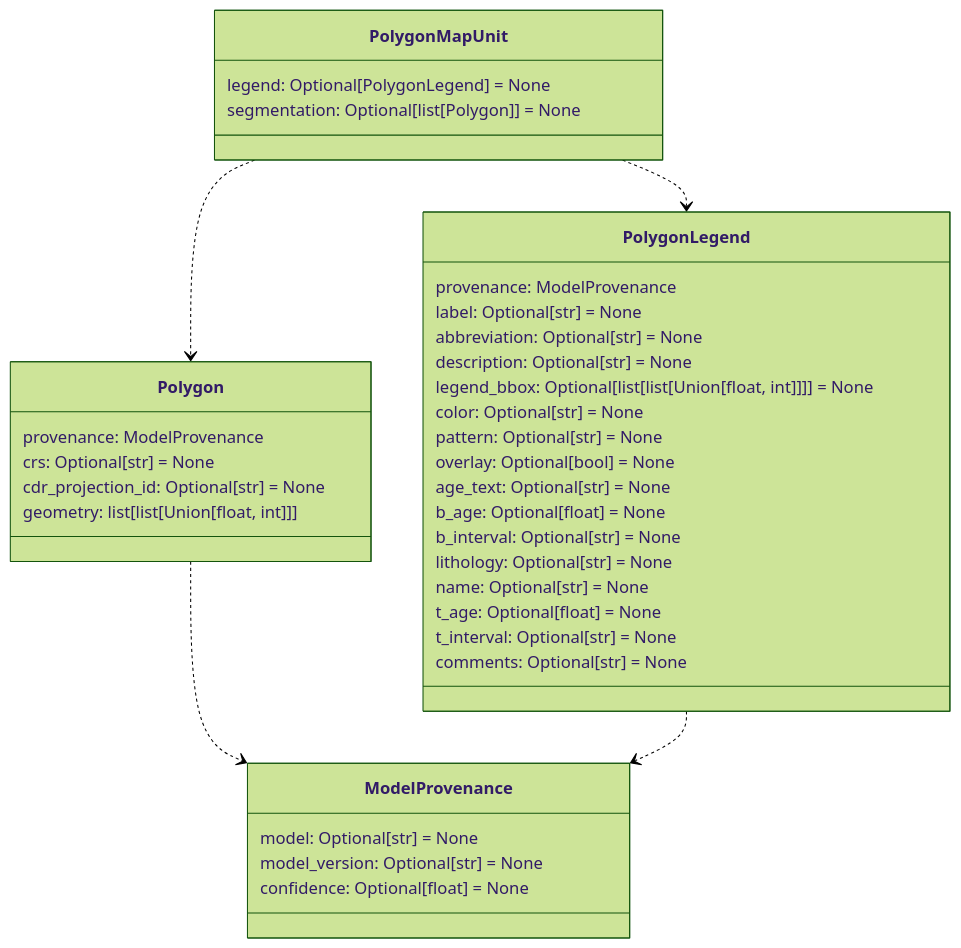
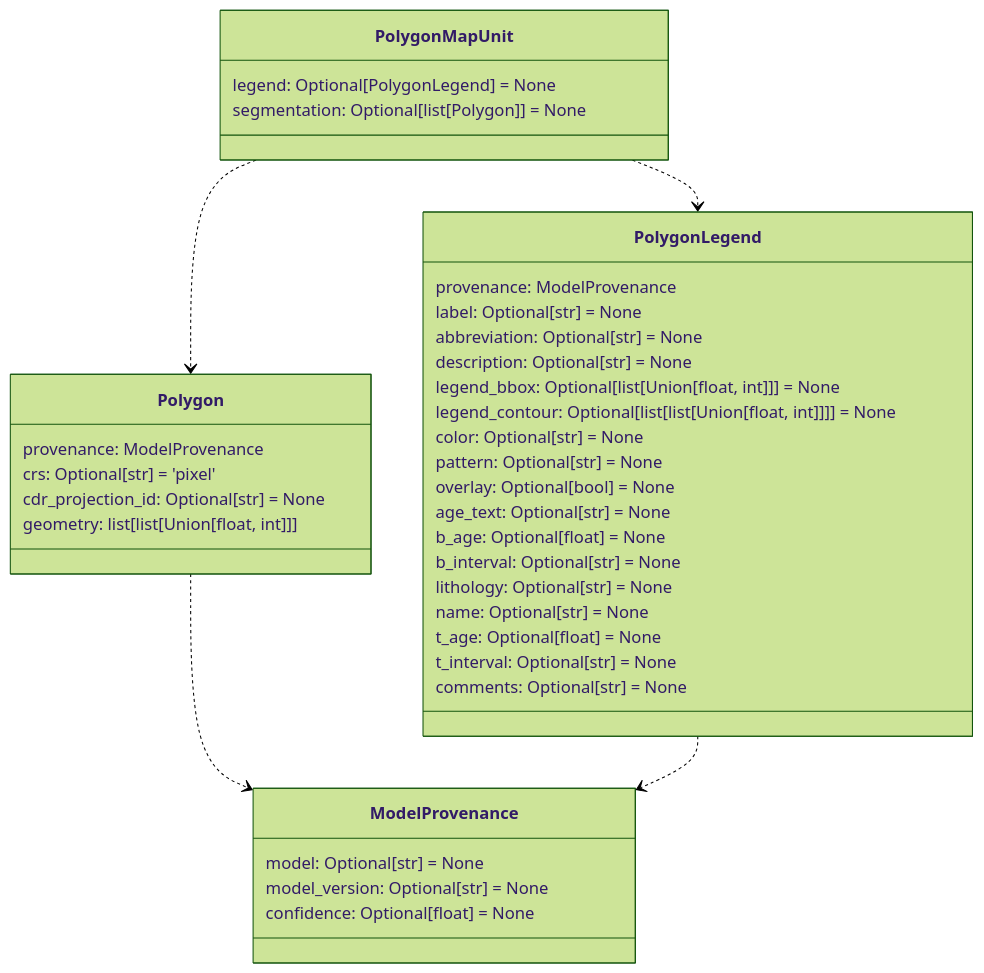
One commit to DARPA-CRITICALMAAS/cdr_schemas changed the seventh of 12 diagrams in README.md. Above: the diagram before and after it, drawn with Mermaid (forest theme). The commit also changed 2 other files, not shown here.

Commit message:
Updated a couple of descriptions and added pixel space

````diff
--- a/README.md
+++ b/README.md
@@ -479,47 +479,48 @@
 ```mermaid
 classDiagram
 
     class Polygon {
         provenance: ModelProvenance
-        crs: Optional[str] = None
+        crs: Optional[str] = 'pixel'
         cdr_projection_id: Optional[str] = None
         geometry: list[list[Union[float, int]]]
-    }
-
-    class PolygonMapUnit {
-        legend: Optional[PolygonLegend] = None
-        segmentation: Optional[list[Polygon]] = None
     }
 
     class ModelProvenance {
         model: Optional[str] = None
         model_version: Optional[str] = None
         confidence: Optional[float] = None
     }
 
     class PolygonLegend {
         provenance: ModelProvenance
         label: Optional[str] = None
         abbreviation: Optional[str] = None
         description: Optional[str] = None
-        legend_bbox: Optional[list[list[Union[float, int]]]] = None
+        legend_bbox: Optional[list[Union[float, int]]] = None
+        legend_contour: Optional[list[list[Union[float, int]]]] = None
         color: Optional[str] = None
         pattern: Optional[str] = None
         overlay: Optional[bool] = None
         age_text: Optional[str] = None
         b_age: Optional[float] = None
         b_interval: Optional[str] = None
         lithology: Optional[str] = None
         name: Optional[str] = None
         t_age: Optional[float] = None
         t_interval: Optional[str] = None
         comments: Optional[str] = None
     }
 
+    class PolygonMapUnit {
+        legend: Optional[PolygonLegend] = None
+        segmentation: Optional[list[Polygon]] = None
+    }
+
     Polygon ..> ModelProvenance
     PolygonLegend ..> ModelProvenance
     PolygonMapUnit ..> Polygon
     PolygonMapUnit ..> PolygonLegend
 
 
 ```
````
